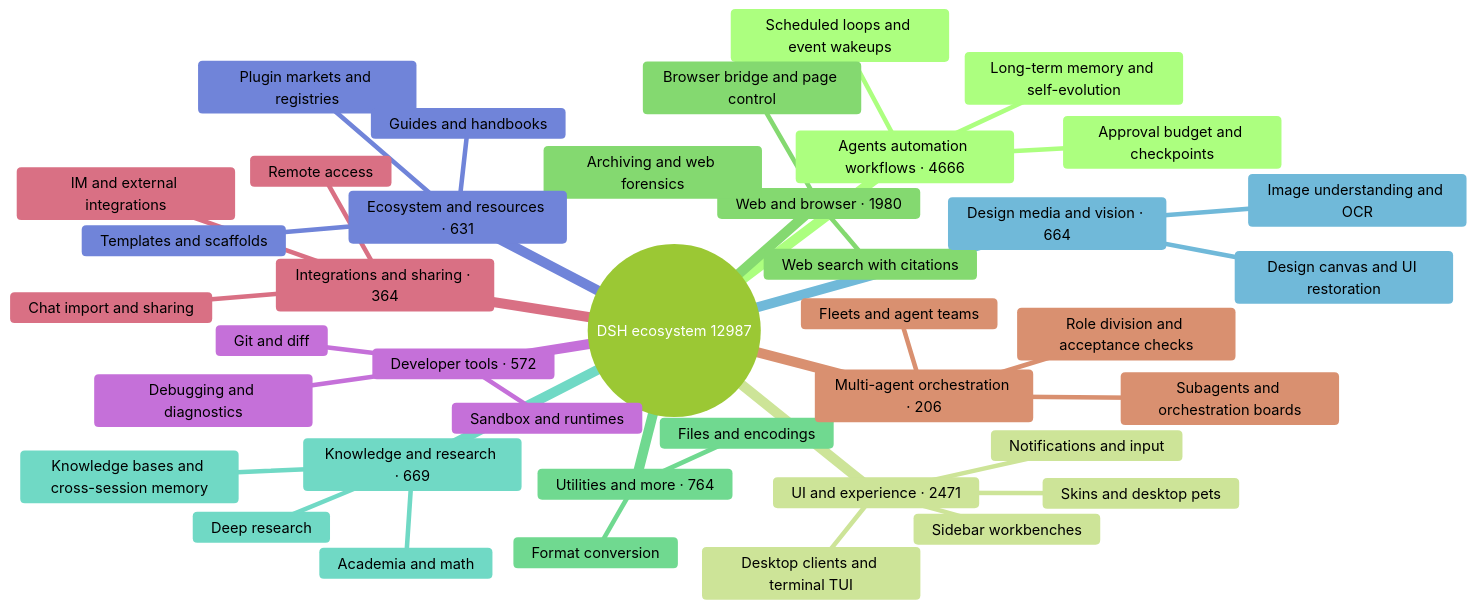
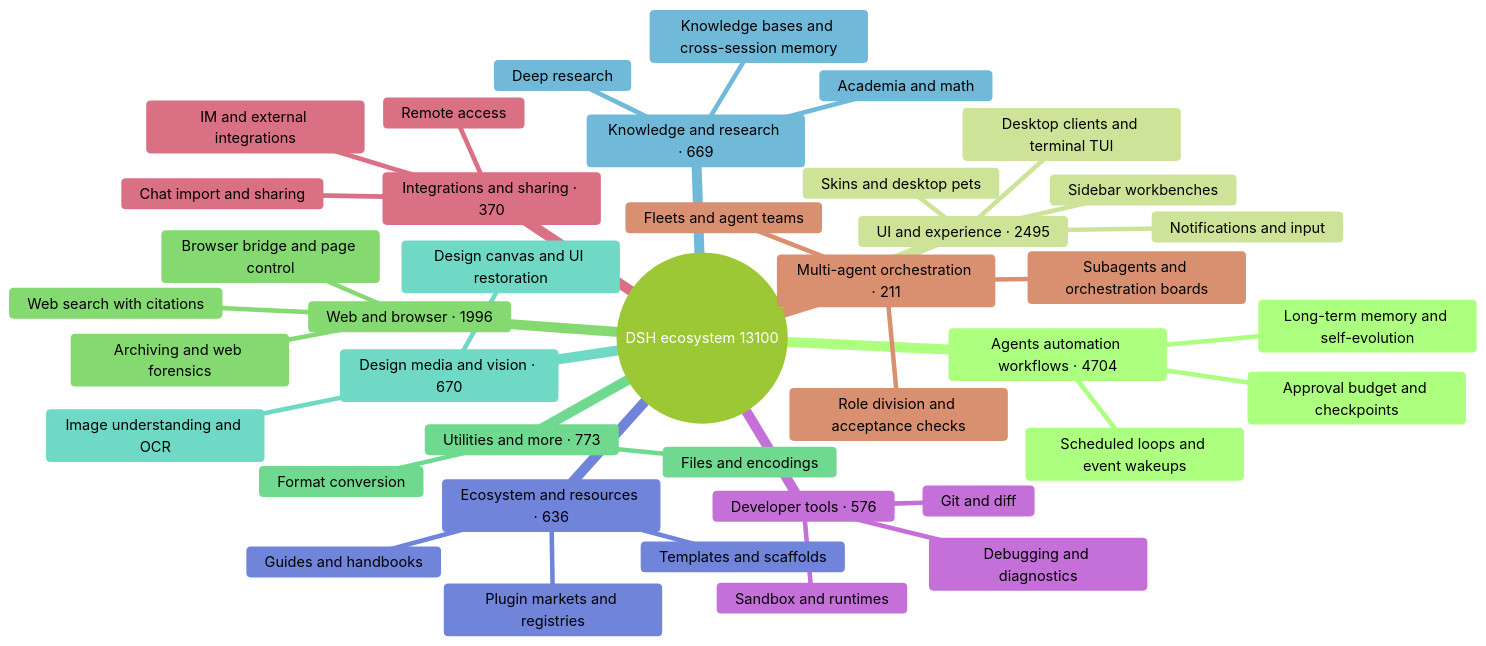
Before and after one commit to BOWLUNA/awesome-dsh-plugin: the diagram in README_EN.md, drawn with Mermaid (forest theme). The commit also changed other lines of this file and 20 other files, not shown here.

````diff
--- a/README_EN.md
+++ b/README_EN.md
@@ -33,43 +33,43 @@
 ```mermaid
 mindmap
-  root((DSH ecosystem 12987))
-    Agents automation workflows · 4666
+  root((DSH ecosystem 13100))
+    Agents automation workflows · 4704
       Scheduled loops and event wakeups
       Long-term memory and self-evolution
       Approval budget and checkpoints
-    UI and experience · 2471
+    UI and experience · 2495
       Desktop clients and terminal TUI
       Sidebar workbenches
       Skins and desktop pets
       Notifications and input
-    Web and browser · 1980
+    Web and browser · 1996
       Browser bridge and page control
       Web search with citations
       Archiving and web forensics
-    Utilities and more · 764
+    Utilities and more · 773
       Files and encodings
       Format conversion
+    Design media and vision · 670
+      Image understanding and OCR
+      Design canvas and UI restoration
     Knowledge and research · 669
       Knowledge bases and cross-session memory
       Deep research
       Academia and math
-    Design media and vision · 664
-      Image understanding and OCR
-      Design canvas and UI restoration
-    Ecosystem and resources · 631
+    Ecosystem and resources · 636
       Plugin markets and registries
       Templates and scaffolds
       Guides and handbooks
-    Developer tools · 572
+    Developer tools · 576
       Git and diff
       Sandbox and runtimes
       Debugging and diagnostics
-    Integrations and sharing · 364
+    Integrations and sharing · 370
       Chat import and sharing
       Remote access
       IM and external integrations
-    Multi-agent orchestration · 206
+    Multi-agent orchestration · 211
       Subagents and orchestration boards
       Fleets and agent teams
       Role division and acceptance checks
 ```
````
